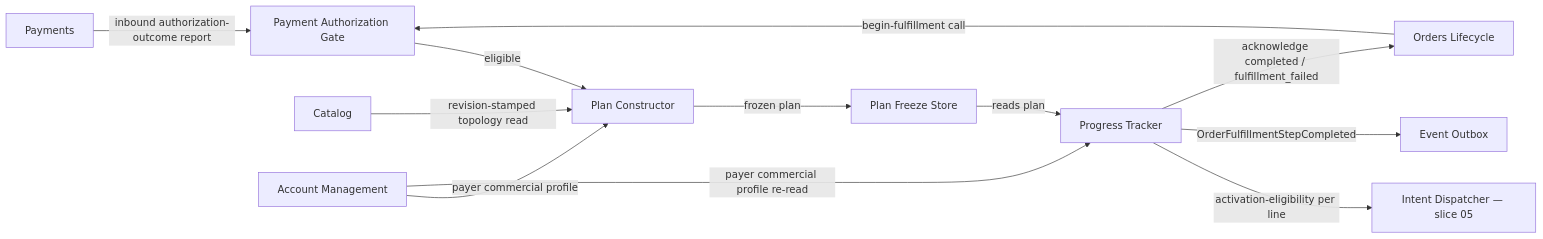
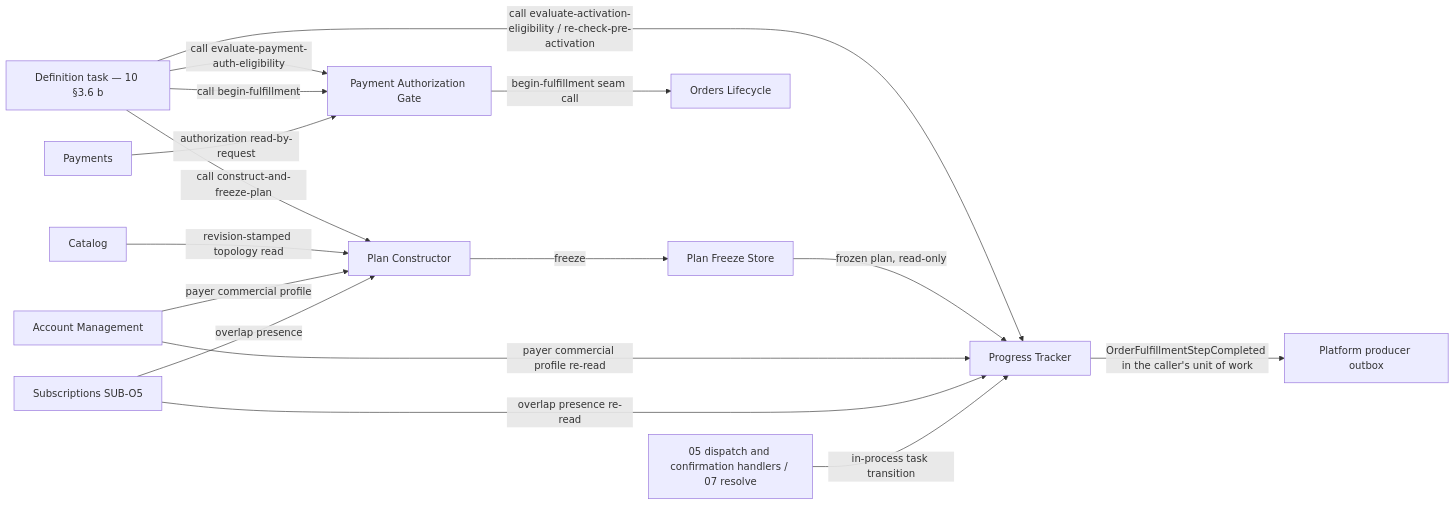
One commit to constructorfabric/gears-rust changed the first of 5 diagrams in gears/bss/orders-workflow/docs/design/04-fulfillment-plan.md. Above: the diagram before and after it, drawn with Mermaid. The commit also changed other lines of this file, not shown here.

Commit message:
docs(bss/orders-workflow): slice 04 provides step operations and a definition fragment (payment gate, plan freeze, begin-fulfillment, barrier eligibility, pre-activation re-check)

````diff
--- a/gears/bss/orders-workflow/docs/design/04-fulfillment-plan.md
+++ b/gears/bss/orders-workflow/docs/design/04-fulfillment-plan.md
@@ -289,14 +313,18 @@
 ```mermaid
 graph LR
-    A[Payment Authorization Gate] -->|eligible| B[Plan Constructor]
-    B -->|frozen plan| C[Plan Freeze Store]
-    C -->|reads plan| D[Progress Tracker]
+    DEF[Definition task — 10 §3.6 b] -->|call evaluate-payment-auth-eligibility| A[Payment Authorization Gate]
+    DEF -->|call construct-and-freeze-plan| B[Plan Constructor]
+    DEF -->|call begin-fulfillment| A
+    DEF -->|call evaluate-activation-eligibility / re-check-pre-activation| D[Progress Tracker]
+    B -->|freeze| C[Plan Freeze Store]
+    C -->|frozen plan, read-only| D
     E[Catalog] -->|revision-stamped topology read| B
-    F[Orders Lifecycle] -->|begin-fulfillment call| A
-    H[Payments] -->|inbound authorization-outcome report| A
+    H[Payments] -->|authorization read-by-request| A
     I[Account Management] -->|payer commercial profile| B
     I -->|payer commercial profile re-read| D
-    D -->|activation-eligibility per line| J[Intent Dispatcher — slice 05]
-    D -->|OrderFulfillmentStepCompleted| G[Event Outbox]
-    D -->|acknowledge completed / fulfillment_failed| F
+    S[Subscriptions SUB-O5] -->|overlap presence| B
+    S -->|overlap presence re-read| D
+    A -->|begin-fulfillment seam call| F[Orders Lifecycle]
+    X[05 dispatch and confirmation handlers / 07 resolve] -->|in-process task transition| D
+    D -->|OrderFulfillmentStepCompleted in the caller's unit of work| G[Platform producer outbox]
 ```
````
